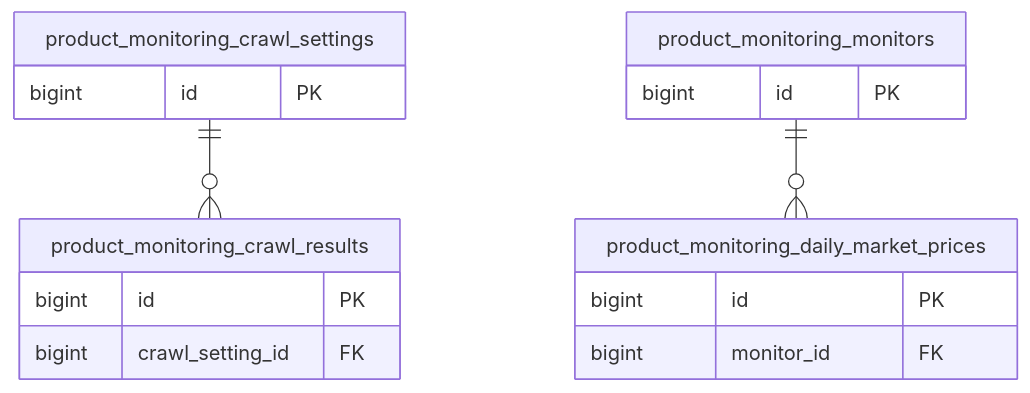
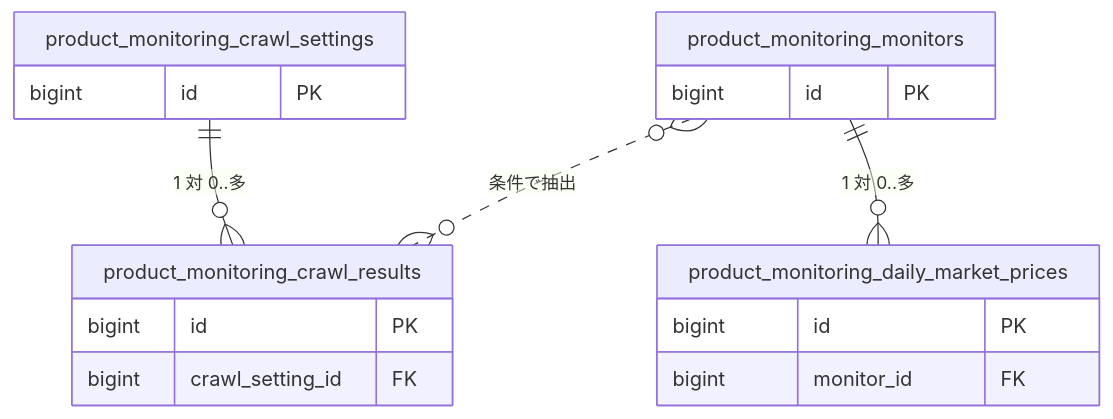
The diagram in docs/features/product-monitoring/database.md (kuroweb/price-monitoring), drawn with Mermaid before and after one commit. The commit also changed other lines of this file, not shown here.

First line of the commit message:
docs(product-monitoring): DB 文書の関係と列を表にする

````diff
--- a/docs/features/product-monitoring/database.md
+++ b/docs/features/product-monitoring/database.md
@@ -16,19 +26,20 @@
 ```mermaid
 erDiagram
   product_monitoring_crawl_settings {
     bigint id PK
   }
   product_monitoring_crawl_results {
     bigint id PK
     bigint crawl_setting_id FK
   }
   product_monitoring_monitors {
     bigint id PK
   }
   product_monitoring_daily_market_prices {
     bigint id PK
     bigint monitor_id FK
   }
-  product_monitoring_crawl_settings ||--o{ product_monitoring_crawl_results : ""
-  product_monitoring_monitors ||--o{ product_monitoring_daily_market_prices : ""
+  product_monitoring_crawl_settings ||--o{ product_monitoring_crawl_results : "1 対 0..多"
+  product_monitoring_monitors ||--o{ product_monitoring_daily_market_prices : "1 対 0..多"
+  product_monitoring_monitors }o..o{ product_monitoring_crawl_results : "条件で抽出"
 ```
````
